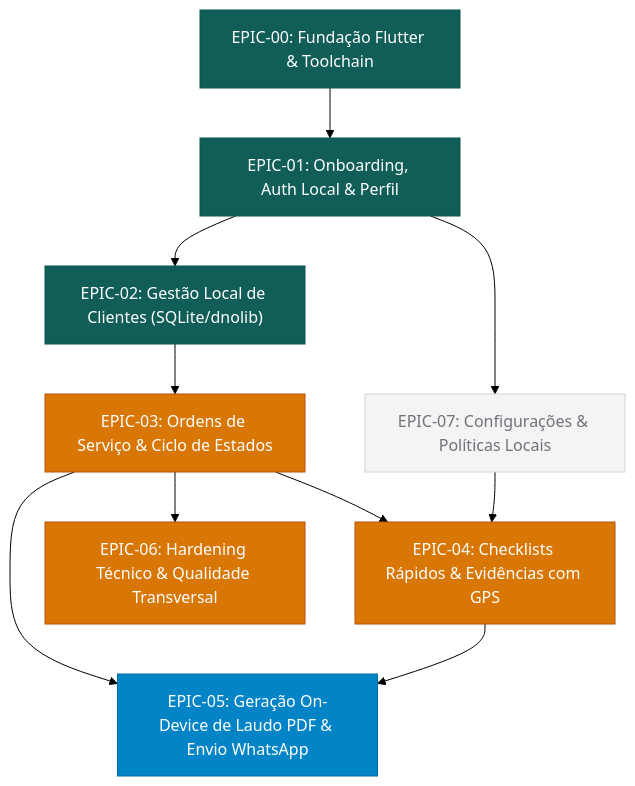
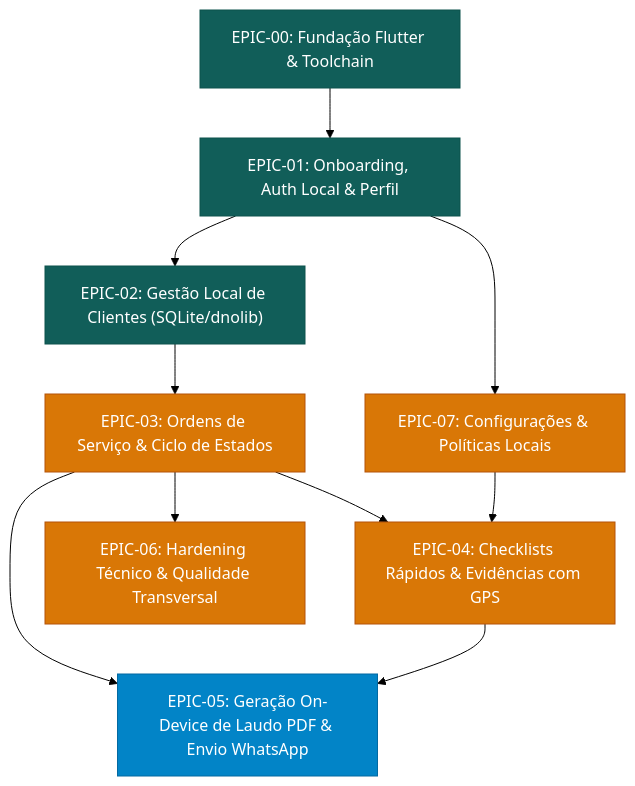
One commit to DenersonNobre/ServiceTrack changed the diagram in docs/plan/README.md. Above: the diagram before and after it, drawn with Mermaid (forest theme). The commit also changed other lines of this file and 27 other files, not shown here.

````diff
--- a/docs/plan/README.md
+++ b/docs/plan/README.md
@@ -28,26 +28,26 @@
 ```mermaid
 graph TD
     classDef foundation fill:#115E59,stroke:#0D524D,color:#fff;
     classDef core fill:#0284C7,stroke:#0369A1,color:#fff;
     classDef ready fill:#D97706,stroke:#B45309,color:#fff;
     classDef blocked fill:#F4F4F5,stroke:#D4D4D8,color:#71717A;
 
     EPIC00["EPIC-00: Fundação Flutter & Toolchain"]:::foundation
     EPIC01["EPIC-01: Onboarding, Auth Local & Perfil"]:::foundation
     EPIC02["EPIC-02: Gestão Local de Clientes (SQLite/dnolib)"]:::foundation
     EPIC03["EPIC-03: Ordens de Serviço & Ciclo de Estados"]:::ready
     EPIC04["EPIC-04: Checklists Rápidos & Evidências com GPS"]:::ready
     EPIC05["EPIC-05: Geração On-Device de Laudo PDF & Envio WhatsApp"]:::core
     EPIC06["EPIC-06: Hardening Técnico & Qualidade Transversal"]:::ready
-    EPIC07["EPIC-07: Configurações & Políticas Locais"]:::blocked
+    EPIC07["EPIC-07: Configurações & Políticas Locais"]:::ready
 
     EPIC00 --> EPIC01
     EPIC01 --> EPIC02
     EPIC02 --> EPIC03
     EPIC03 --> EPIC04
     EPIC03 --> EPIC05
     EPIC04 --> EPIC05
     EPIC03 --> EPIC06
     EPIC01 --> EPIC07
     EPIC07 --> EPIC04
 ```
````
